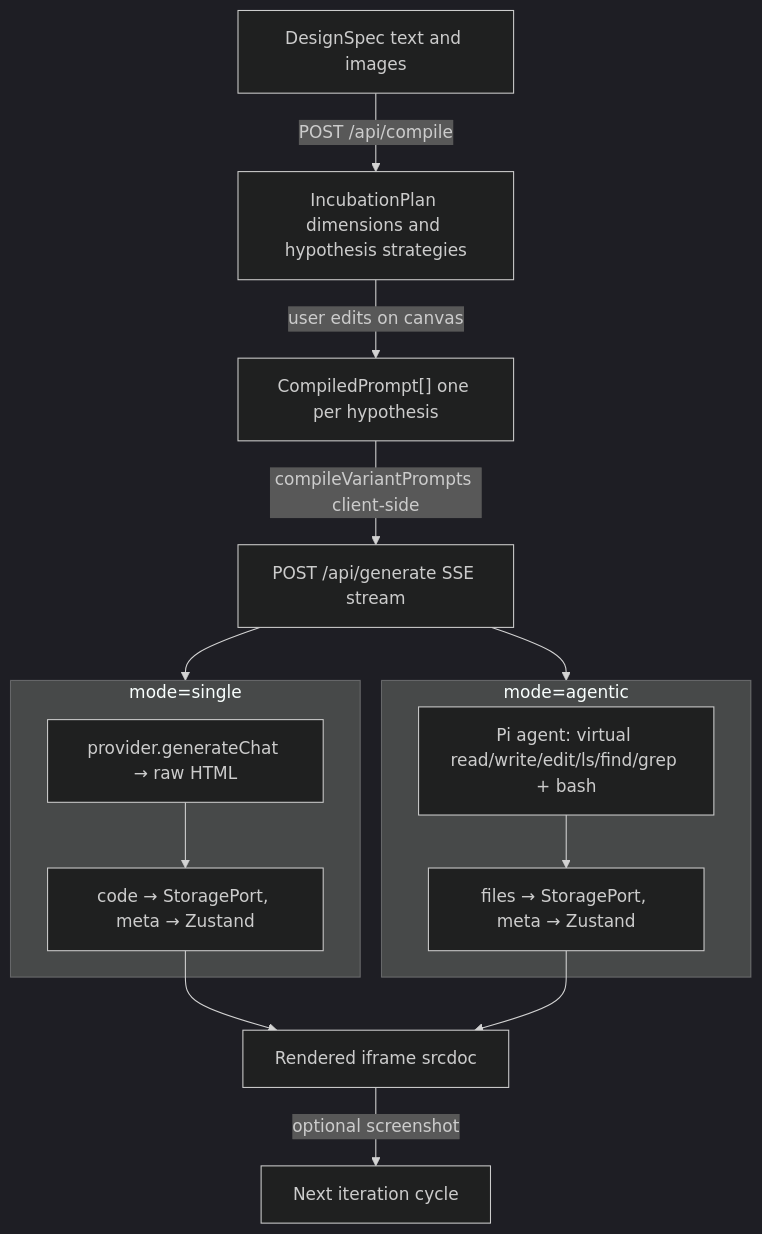
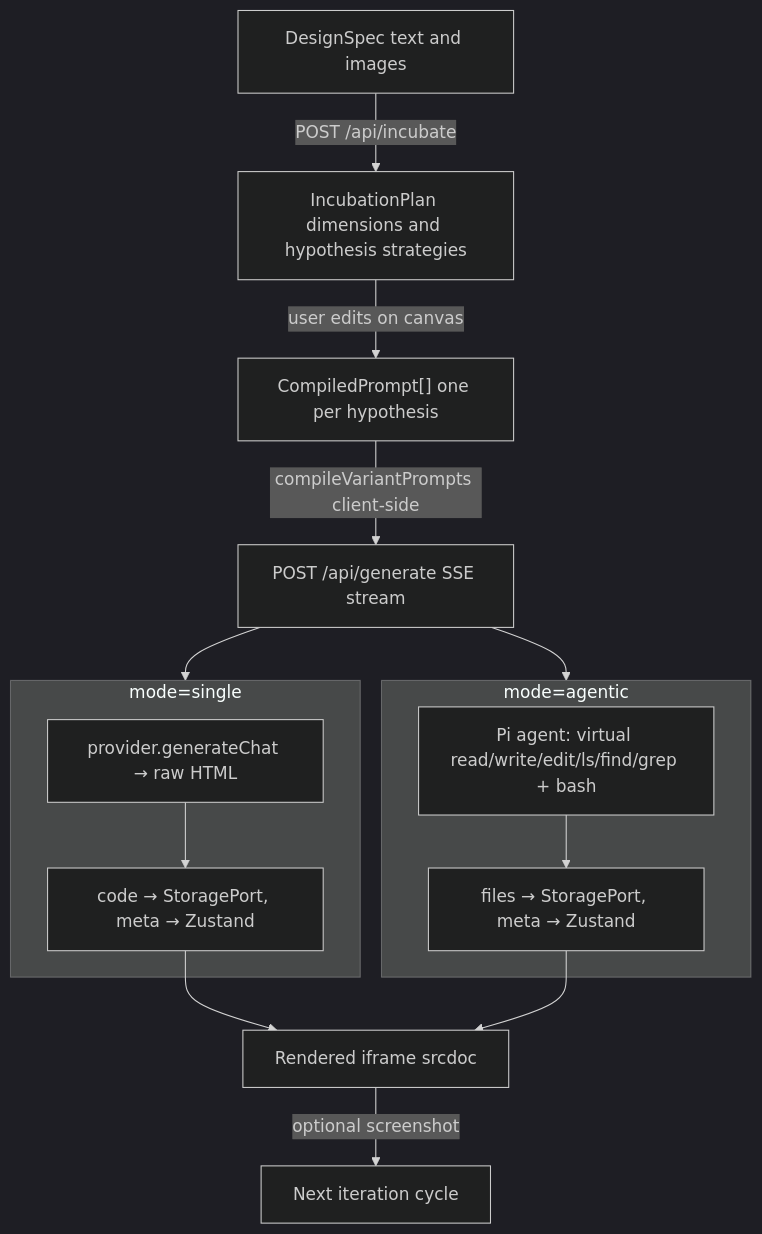
One commit to wolfyy970/designer changed the fourth of 4 diagrams in ARCHITECTURE.md. Above: the diagram before and after it, drawn with Mermaid (dark theme). The commit also changed other lines of this file and 212 other files, not shown here.

````diff
--- a/ARCHITECTURE.md
+++ b/ARCHITECTURE.md
@@ -143,30 +143,30 @@
 ```mermaid
 flowchart TB
   designSpec[DesignSpec text and images]
   incubationPlan[IncubationPlan dimensions and hypothesis strategies]
   compiledPrompt["CompiledPrompt[] one per hypothesis"]
   generate[POST /api/generate SSE stream]
 
-  designSpec -->|POST /api/compile| incubationPlan
+  designSpec -->|POST /api/incubate| incubationPlan
   incubationPlan -->|user edits on canvas| compiledPrompt
   compiledPrompt -->|compileVariantPrompts client-side| generate
 
   generate --> singleMode
   generate --> agenticMode
 
   subgraph singleMode [mode=single]
     singleLLM[provider.generateChat → raw HTML]
     singleStore[code → StoragePort, meta → Zustand]
     singleLLM --> singleStore
   end
 
   subgraph agenticMode [mode=agentic]
     piLoop["Pi agent: virtual read/write/edit/ls/find/grep + bash"]
     agenticStore[files → StoragePort, meta → Zustand]
     piLoop --> agenticStore
   end
 
   singleStore --> iframe[Rendered iframe srcdoc]
   agenticStore --> iframe
   iframe -->|optional screenshot| nextIteration[Next iteration cycle]
 ```
````
